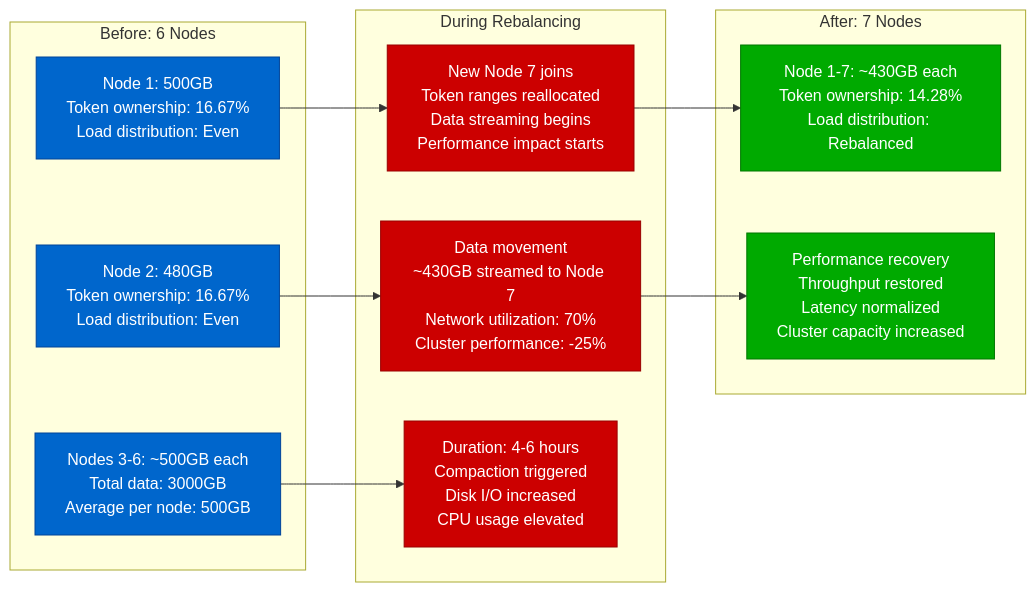
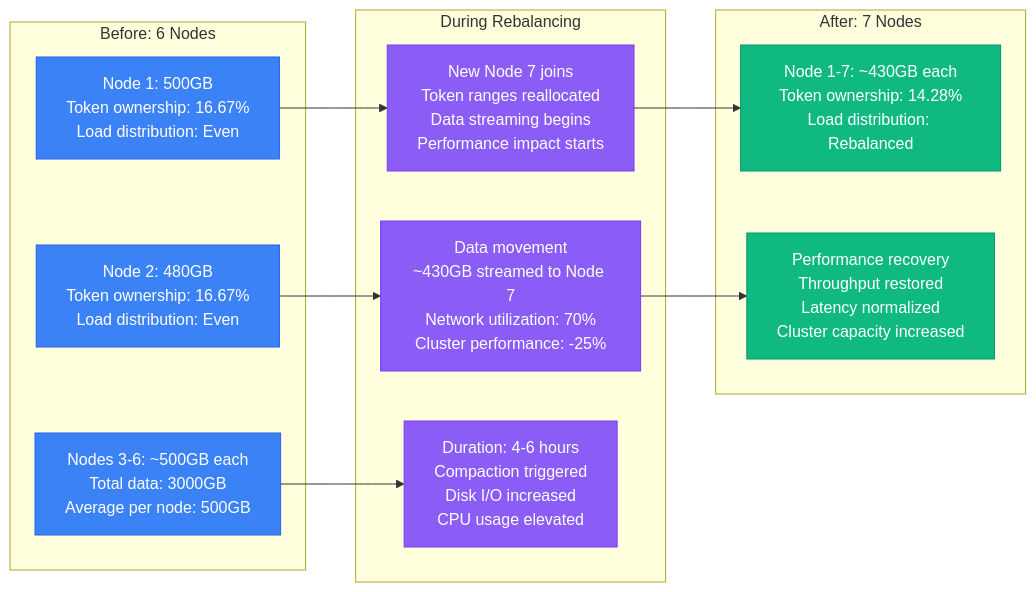
One commit to deepaucksharma/DS changed the eighth of 14 diagrams in site/docs/performance/cassandra-performance-profile.md. Above: the diagram before and after it, drawn with Mermaid. The commit also changed other lines of this file and 303 other files, not shown here.

````diff
--- a/site/docs/performance/cassandra-performance-profile.md
+++ b/site/docs/performance/cassandra-performance-profile.md
@@ -250,34 +250,34 @@
 ```mermaid
 graph LR
     subgraph "Before: 6 Nodes"
         B1[Node 1: 500GB<br/>Token ownership: 16.67%<br/>Load distribution: Even]
         B2[Node 2: 480GB<br/>Token ownership: 16.67%<br/>Load distribution: Even]
         B3[Nodes 3-6: ~500GB each<br/>Total data: 3000GB<br/>Average per node: 500GB]
     end
 
     subgraph "During Rebalancing"
         D1[New Node 7 joins<br/>Token ranges reallocated<br/>Data streaming begins<br/>Performance impact starts]
 
         D2[Data movement<br/>~430GB streamed to Node 7<br/>Network utilization: 70%<br/>Cluster performance: -25%]
 
         D3[Duration: 4-6 hours<br/>Compaction triggered<br/>Disk I/O increased<br/>CPU usage elevated]
     end
 
     subgraph "After: 7 Nodes"
         A1[Node 1-7: ~430GB each<br/>Token ownership: 14.28%<br/>Load distribution: Rebalanced]
 
         A2[Performance recovery<br/>Throughput restored<br/>Latency normalized<br/>Cluster capacity increased]
     end
 
     B1 --> D1 --> A1
     B2 --> D2 --> A2
     B3 --> D3
 
-    classDef beforeStyle fill:#0066CC,stroke:#004499,color:#fff
-    classDef duringStyle fill:#CC0000,stroke:#990000,color:#fff
-    classDef afterStyle fill:#00AA00,stroke:#007700,color:#fff
+    classDef beforeStyle fill:#3B82F6,stroke:#2563EB,color:#fff
+    classDef duringStyle fill:#8B5CF6,stroke:#7C3AED,color:#fff
+    classDef afterStyle fill:#10B981,stroke:#059669,color:#fff
 
     class B1,B2,B3 beforeStyle
     class D1,D2,D3 duringStyle
     class A1,A2 afterStyle
 ```
````
